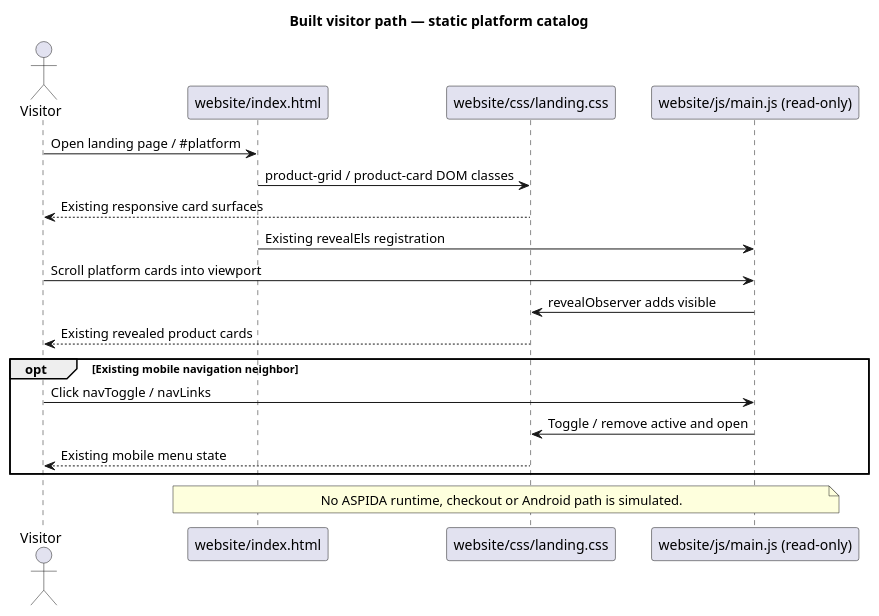
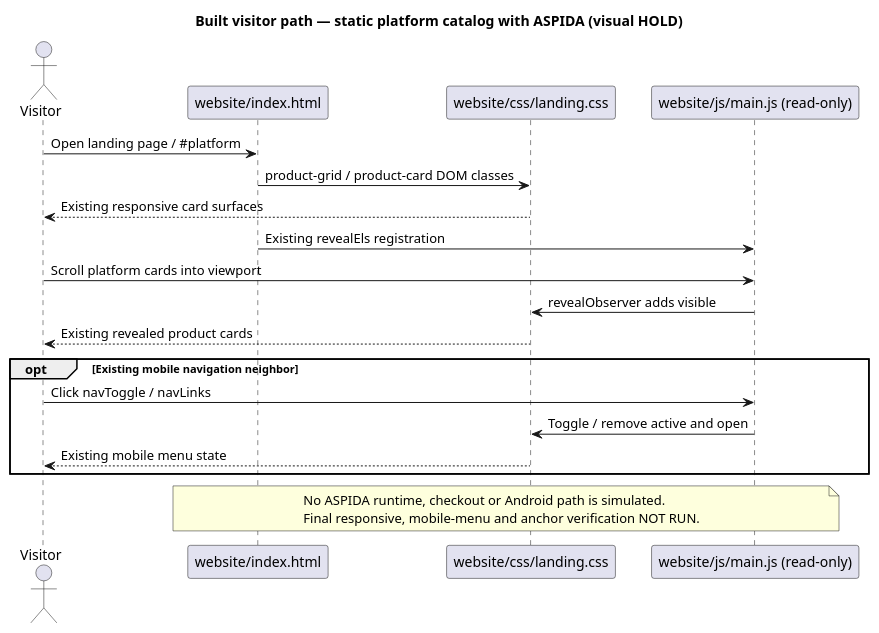
One commit to NeaBouli/stealth changed the diagram in docs/architecture/main-path.puml. Above: the diagram before and after it, drawn with PlantUML. The commit also changed 5 other files, not shown here.

Commit message:
docs: record built ASPIDA website candidate and visual hold

```diff
--- a/docs/architecture/main-path.puml
+++ b/docs/architecture/main-path.puml
@@ -1,22 +1,23 @@
 @startuml
-title Built visitor path — static platform catalog
+title Built visitor path — static platform catalog with ASPIDA (visual HOLD)
 actor Visitor
 participant "website/index.html" as HTML
 participant "website/css/landing.css" as CSS
 participant "website/js/main.js (read-only)" as JS
 Visitor -> HTML : Open landing page / #platform
 HTML -> CSS : product-grid / product-card DOM classes
 CSS --> Visitor : Existing responsive card surfaces
 HTML -> JS : Existing revealEls registration
 Visitor -> JS : Scroll platform cards into viewport
 JS -> CSS : revealObserver adds visible
 CSS --> Visitor : Existing revealed product cards
 opt Existing mobile navigation neighbor
   Visitor -> JS : Click navToggle / navLinks
   JS -> CSS : Toggle / remove active and open
   CSS --> Visitor : Existing mobile menu state
 end
 note over HTML,JS
 No ASPIDA runtime, checkout or Android path is simulated.
+Final responsive, mobile-menu and anchor verification NOT RUN.
 end note
 @enduml
```
